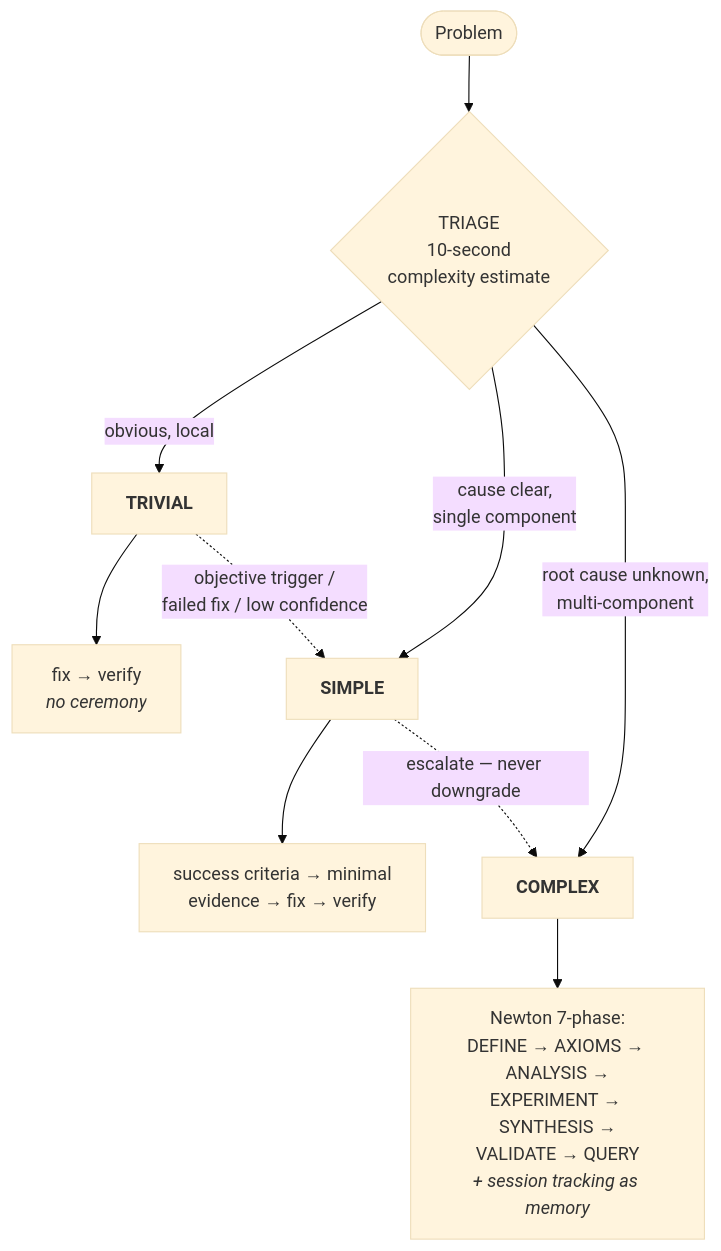
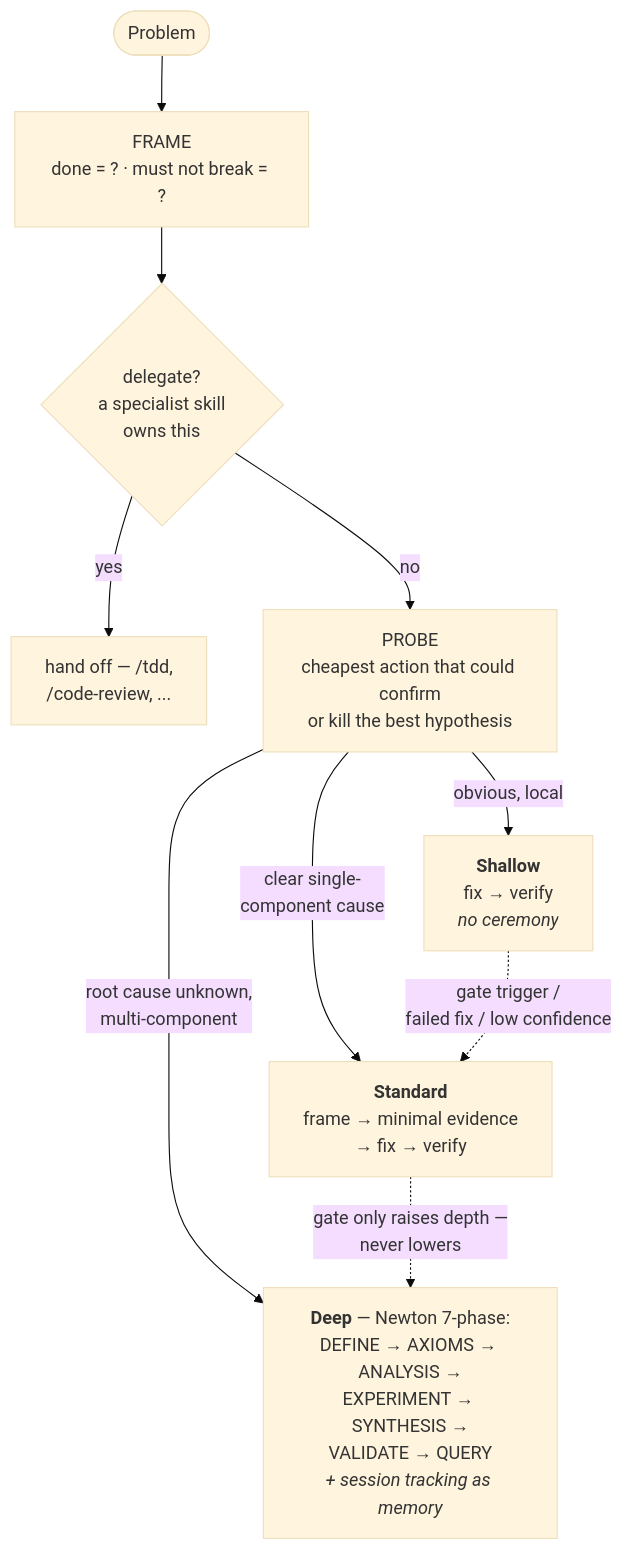
Before and after one commit to 1111111111111111111114oLvT2/inquisitor: the diagram in README.md, drawn with Mermaid (base theme). The commit also changed other lines of this file and 3 other files, not shown here.

````diff
--- a/README.md
+++ b/README.md
@@ -44,14 +37,13 @@
 ```mermaid
 flowchart TD
-    P([Problem]) --> T{"TRIAGE<br/>10-second<br/>complexity estimate"}
-    T -->|"obvious, local"| TR["<b>TRIVIAL</b>"]
-    T -->|"cause clear,<br/>single component"| SI["<b>SIMPLE</b>"]
-    T -->|"root cause unknown,<br/>multi-component"| CO["<b>COMPLEX</b>"]
+    P([Problem]) --> F["FRAME<br/>done = ? · must not break = ?"]
+    F --> D{"delegate?<br/>a specialist skill<br/>owns this"}
+    D -->|yes| SK["hand off — /tdd,<br/>/code-review, ..."]
+    D -->|no| PR["PROBE<br/>cheapest action that could confirm<br/>or kill the best hypothesis"]
+    PR -->|"obvious, local"| SH["<b>Shallow</b><br/>fix → verify<br/><i>no ceremony</i>"]
+    PR -->|"clear single-<br/>component cause"| ST["<b>Standard</b><br/>frame → minimal evidence<br/>→ fix → verify"]
+    PR -->|"root cause unknown,<br/>multi-component"| DE["<b>Deep</b> — Newton 7-phase:<br/>DEFINE → AXIOMS → ANALYSIS →<br/>EXPERIMENT → SYNTHESIS →<br/>VALIDATE → QUERY<br/><i>+ session tracking as memory</i>"]
 
-    TR --> TRp["fix → verify<br/><i>no ceremony</i>"]
-    SI --> SIp["success criteria → minimal<br/>evidence → fix → verify"]
-    CO --> COp["Newton 7-phase:<br/>DEFINE → AXIOMS → ANALYSIS →<br/>EXPERIMENT → SYNTHESIS →<br/>VALIDATE → QUERY<br/><i>+ session tracking as memory</i>"]
-
-    TR -.->|"objective trigger /<br/>failed fix / low confidence"| SI
-    SI -.->|"escalate — never downgrade"| CO
+    SH -.->|"gate trigger /<br/>failed fix / low confidence"| ST
+    ST -.->|"gate only raises depth —<br/>never lowers"| DE
 ```
````
